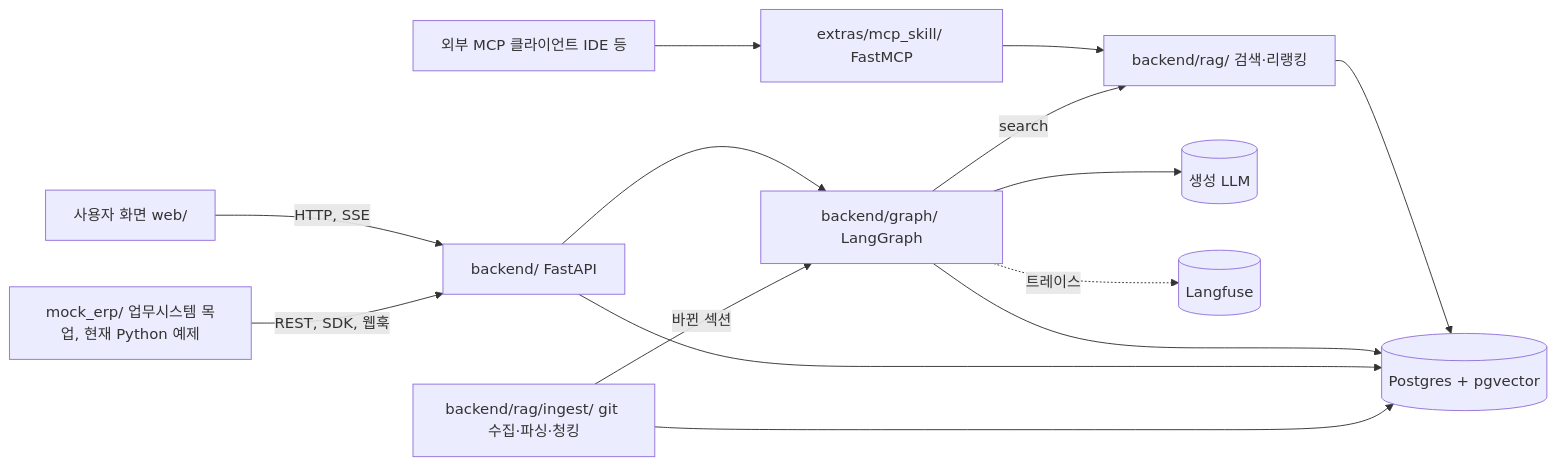
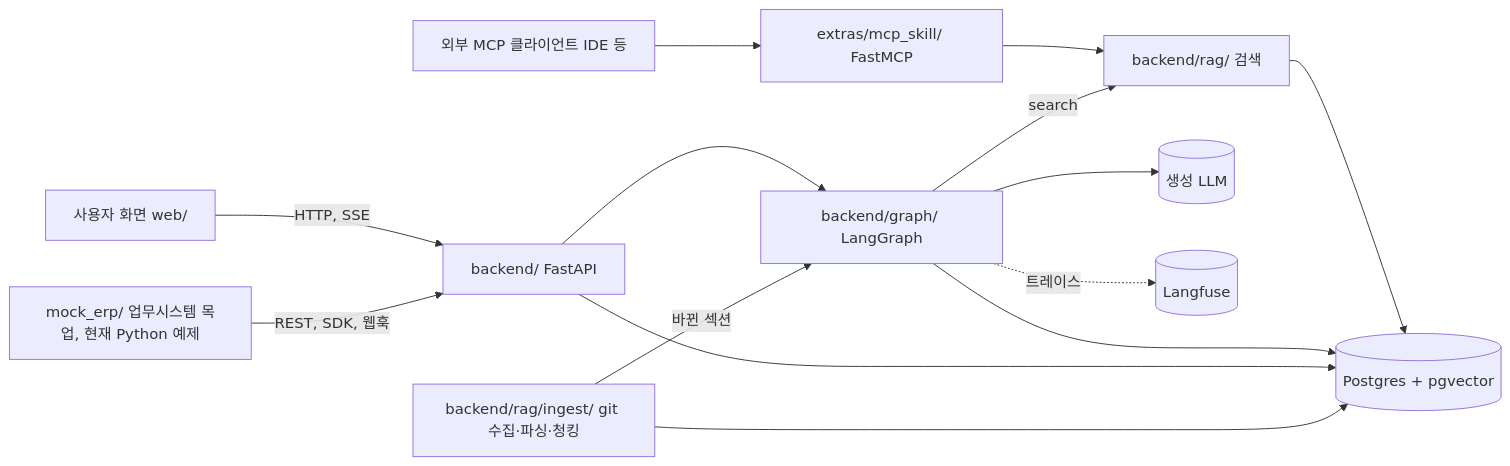
The first of 2 diagrams in docs/SDD.md (seungwook-kim/provena), drawn with Mermaid before and after one commit. The commit also changed other lines of this file and 5 other files, not shown here.

````diff
--- a/docs/SDD.md
+++ b/docs/SDD.md
@@ -27,16 +27,16 @@
 ```mermaid
 flowchart LR
   U[사용자 화면 web/] -->|HTTP, SSE| API[backend/ FastAPI]
   ERP[mock_erp/ 업무시스템 목업, 현재 Python 예제] -->|REST, SDK, 웹훅| API
   MCPc[외부 MCP 클라이언트 IDE 등] --> MCP[extras/mcp_skill/ FastMCP]
   API --> AG[backend/graph/ LangGraph]
   MCP --> RAG
-  AG -->|search| RAG[backend/rag/ 검색·리랭킹]
+  AG -->|search| RAG[backend/rag/ 검색]
   AG --> LLM[(생성 LLM)]
   RAG --> DB[(Postgres + pgvector)]
   AG --> DB
   API --> DB
   ING[backend/rag/ingest/ git 수집·파싱·청킹] --> DB
   ING -->|바뀐 섹션| AG
   AG -. 트레이스 .-> LF[(Langfuse)]
 ```
````
